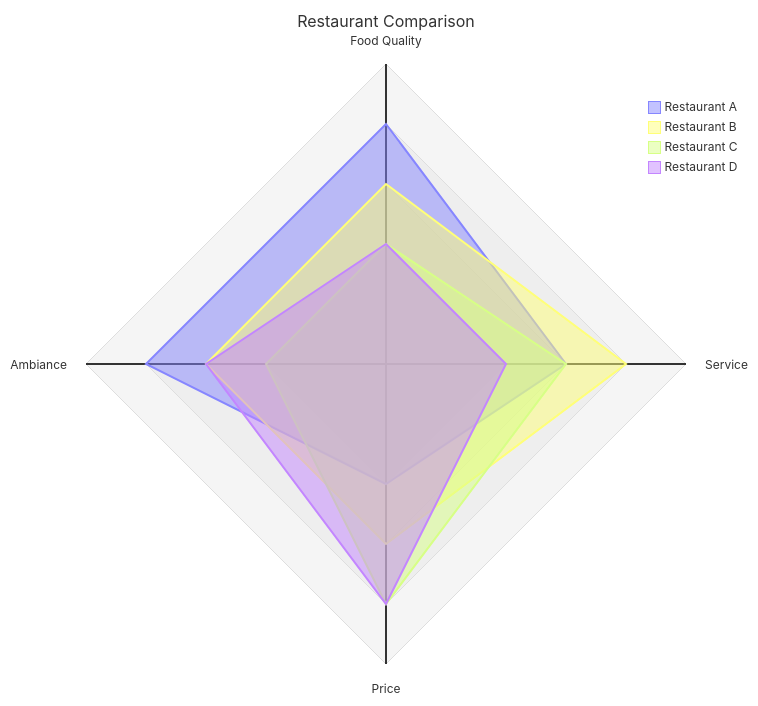
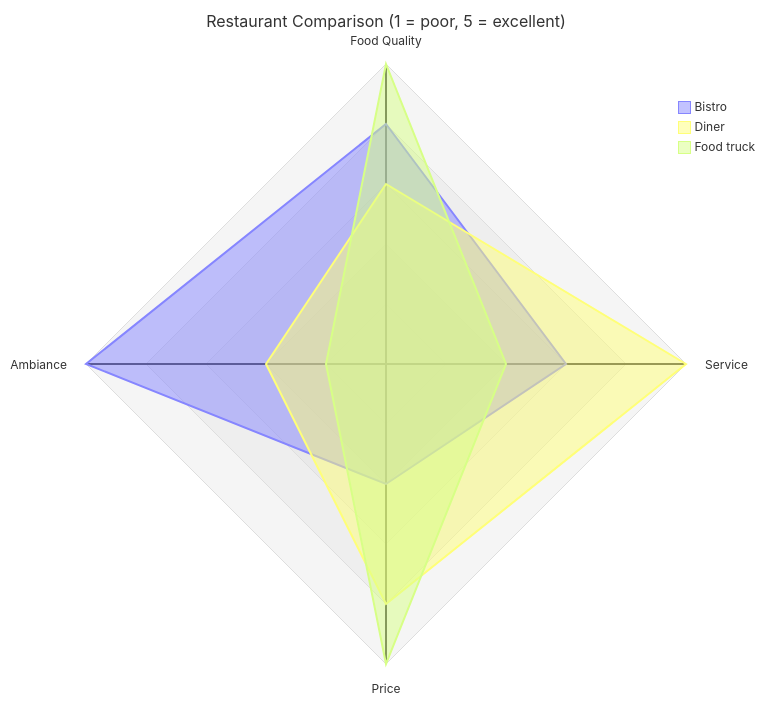
Before and after one commit to hgrabows/diagrammer-skills: the second of 4 diagrams in skills/diagrammer/specs/mermaid/radar.md, drawn with Mermaid. The commit also changed other lines of this file and 127 other files, not shown here.

First line of the commit message:
feat: audit all specs, add example gallery, fix PlantUML and Gantt rendering

````diff
--- a/skills/diagrammer/specs/mermaid/radar.md
+++ b/skills/diagrammer/specs/mermaid/radar.md
@@ -55,12 +73,17 @@
 ```mermaid
+---
+config:
+  radar:
+    marginLeft: 90
+    marginRight: 90
+---
 radar-beta
-  title Restaurant Comparison
+  title Restaurant Comparison (1 = poor, 5 = excellent)
   axis food["Food Quality"], service["Service"], price["Price"]
   axis ambiance["Ambiance"]
-  curve a["Restaurant A"]{4, 3, 2, 4}
-  curve b["Restaurant B"]{3, 4, 3, 3}
-  curve c["Restaurant C"]{2, 3, 4, 2}
-  curve d["Restaurant D"]{2, 2, 4, 3}
+  curve a["Bistro"]{4, 3, 2, 5}
+  curve b["Diner"]{3, 5, 4, 2}
+  curve c["Food truck"]{5, 2, 5, 1}
   graticule polygon
   max 5
 ```
````
